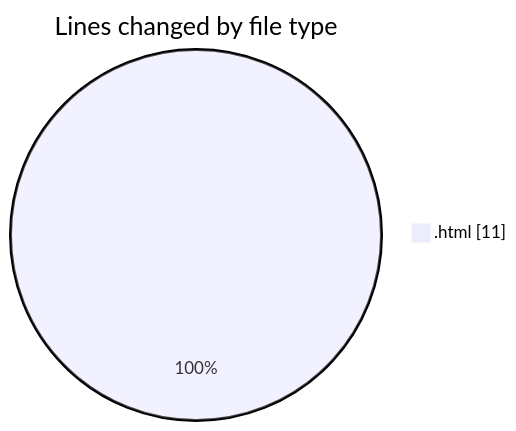
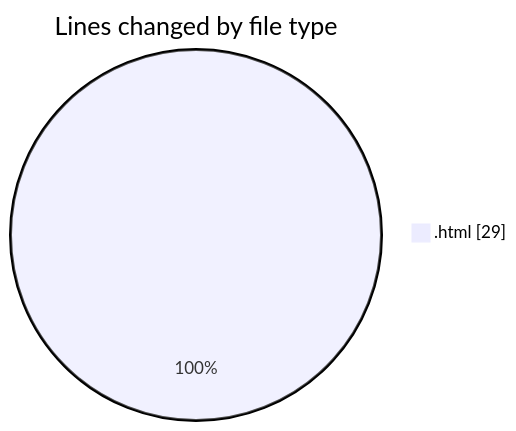
The first of 2 diagrams in 2025-04-29/enre_-_calculadora_de_consumo_v_2022_files/README.md (LanceThiago/code-tracking), drawn with Mermaid before and after one commit. The commit also changed other lines of this file and 1 other file, not shown here.

````diff
--- a/2025-04-29/enre_-_calculadora_de_consumo_v_2022_files/README.md
+++ b/2025-04-29/enre_-_calculadora_de_consumo_v_2022_files/README.md
@@ -20,5 +20,5 @@
 ```mermaid
 pie showData
 title Lines changed by file type
-".html" : 11
+".html" : 29
 ```
````
